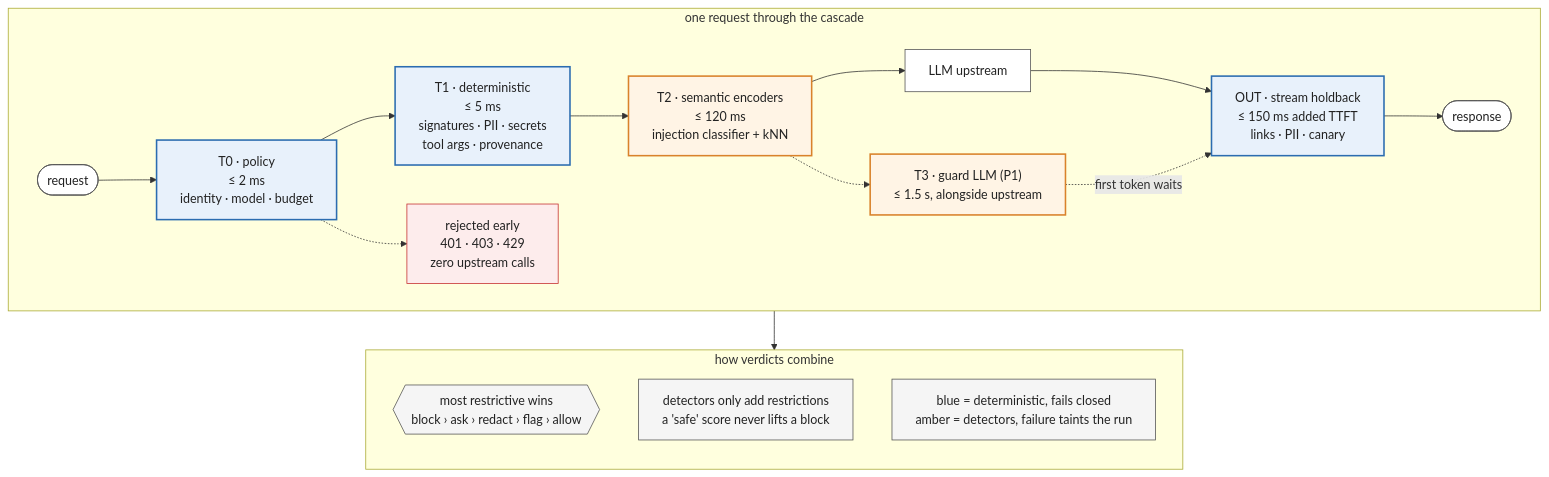
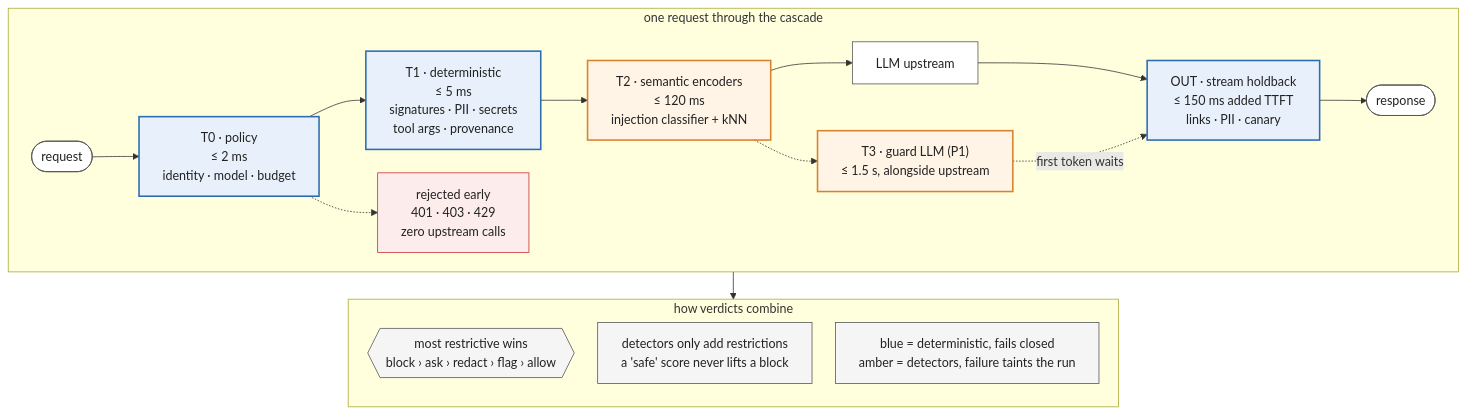
One commit to damianlech/HackYeah26 changed the diagram in diagrams/src/slide-cascade.mmd. Above: the diagram before and after it, drawn with Mermaid. The commit also changed 5 other files, not shown here.

```diff
--- a/diagrams/src/slide-cascade.mmd
+++ b/diagrams/src/slide-cascade.mmd
@@ -1,43 +1,45 @@
 ---
 config:
   flowchart:
     wrappingWidth: 400
+    rankSpacing: 35
+    nodeSpacing: 30
 ---
 %% Slide: hybrid detection cascade (simplified from VISION-SPEC §5.1-5.2; p95 targets, re-measured on the demo Mac)
 flowchart TB
   subgraph PIPE["one request through the cascade"]
     direction LR
     REQ(["request"])
     T0["T0 · policy<br/>≤ 2 ms<br/>identity · model · budget"]
     X["rejected early<br/>401 · 403 · 429<br/>zero upstream calls"]
     T1["T1 · deterministic<br/>≤ 5 ms<br/>signatures · PII · secrets<br/>tool args · provenance"]
     T2["T2 · semantic encoders<br/>≤ 120 ms<br/>injection classifier + kNN"]
     UP["LLM upstream"]
     T3["T3 · guard LLM (P1)<br/>≤ 1.5 s, alongside upstream"]
     OUT["OUT · stream holdback<br/>≤ 150 ms added TTFT<br/>links · PII · canary"]
     RES(["response"])
     REQ --> T0 --> T1 --> T2 --> UP --> OUT --> RES
     T0 -.-> X
     T2 -.-> T3
     T3 -.->|"first token waits"| OUT
   end
 
   subgraph RULES["how verdicts combine"]
     direction TB
     V{{"most restrictive wins<br/>block › ask › redact › flag › allow"}}
     R["detectors only add restrictions<br/>a 'safe' score never lifts a block"]
     L["blue = deterministic, fails closed<br/>amber = detectors, failure taints the run"]
   end
 
   PIPE --> RULES
 
   classDef det fill:#e8f1fb,stroke:#2b6cb0,stroke-width:2px,color:#222
   classDef sem fill:#fff4e5,stroke:#d9822b,stroke-width:2px,color:#222
   classDef rule fill:#f5f5f5,stroke:#555,color:#222
   classDef io fill:#ffffff,stroke:#555,color:#222
   classDef stop fill:#fdecec,stroke:#c53030,color:#222
   class T0,T1,OUT det
   class T2,T3 sem
   class V,R,L rule
   class REQ,RES,UP io
   class X stop
```
